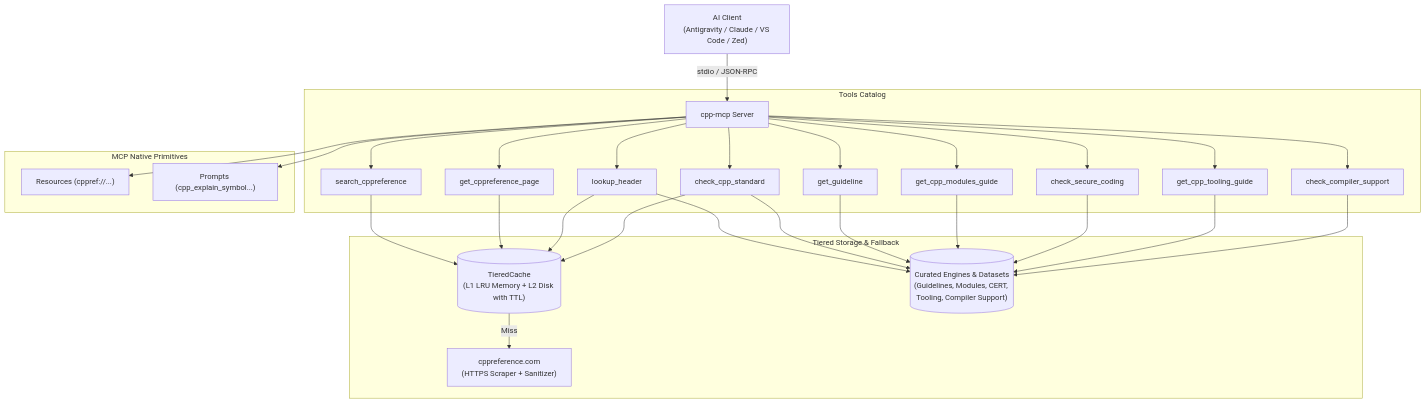
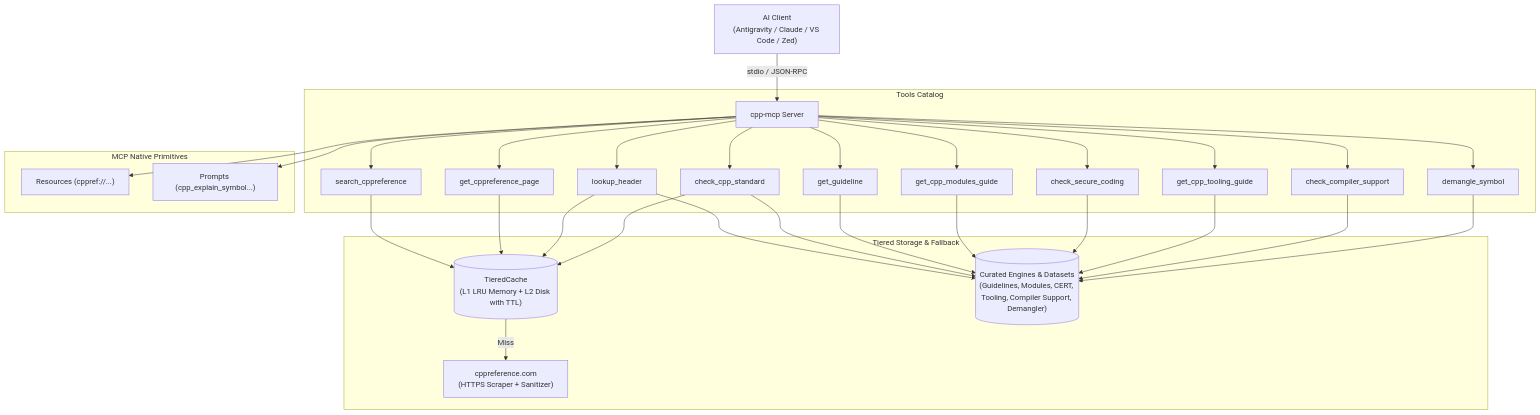
One commit to CHOCEK-RB/cpp-mcp changed the diagram in README.md. Above: the diagram before and after it, drawn with Mermaid. The commit also changed other lines of this file and 3 other files, not shown here.

Commit message:
feat(tools): add demangle_symbol tool with MSVC support and stream translation

````diff
--- a/README.md
+++ b/README.md
@@ -17,27 +17,28 @@
 ```mermaid
 flowchart TD
     Client["AI Client\n(Antigravity / Claude / VS Code / Zed)"] -- stdio / JSON-RPC --> Server["cpp-mcp Server"]
     
     subgraph Tools ["Tools Catalog"]
         Server --> T1["search_cppreference"]
         Server --> T2["get_cppreference_page"]
         Server --> T3["lookup_header"]
         Server --> T4["check_cpp_standard"]
         Server --> T5["get_guideline"]
         Server --> T6["get_cpp_modules_guide"]
         Server --> T7["check_secure_coding"]
         Server --> T8["get_cpp_tooling_guide"]
         Server --> T9["check_compiler_support"]
+        Server --> T10["demangle_symbol"]
     end
 
     subgraph Primitives ["MCP Native Primitives"]
         Server --> Res["Resources (cppref://...)"]
         Server --> Prm["Prompts (cpp_explain_symbol...)"]
     end
 
     subgraph Storage ["Tiered Storage & Fallback"]
         T1 & T2 & T3 & T4 --> Cache[("TieredCache\n(L1 LRU Memory + L2 Disk with TTL)")]
-        T3 & T4 & T5 & T6 & T7 & T8 & T9 --> StaticIdx[("Curated Engines & Datasets\n(Guidelines, Modules, CERT, Tooling, Compiler Support)")]
+        T3 & T4 & T5 & T6 & T7 & T8 & T9 & T10 --> StaticIdx[("Curated Engines & Datasets\n(Guidelines, Modules, CERT, Tooling, Compiler Support, Demangler)")]
         Cache -- Miss --> Web["cppreference.com\n(HTTPS Scraper + Sanitizer)"]
     end
 ```
````
